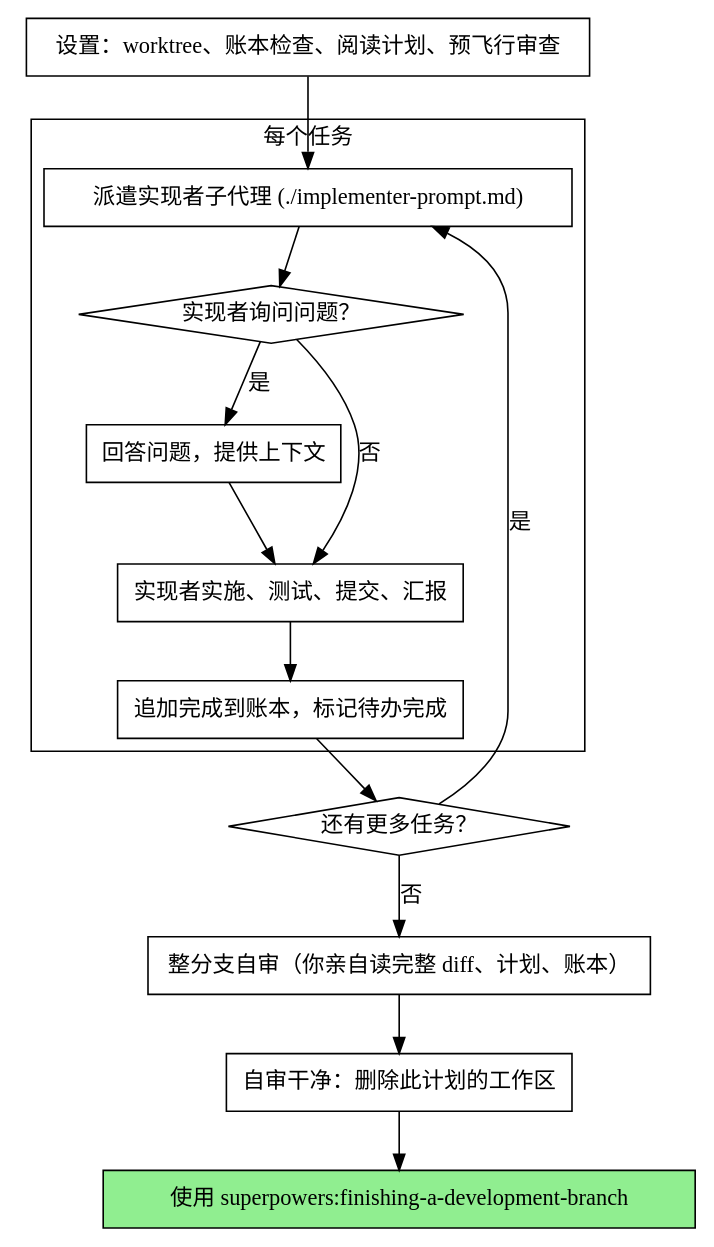
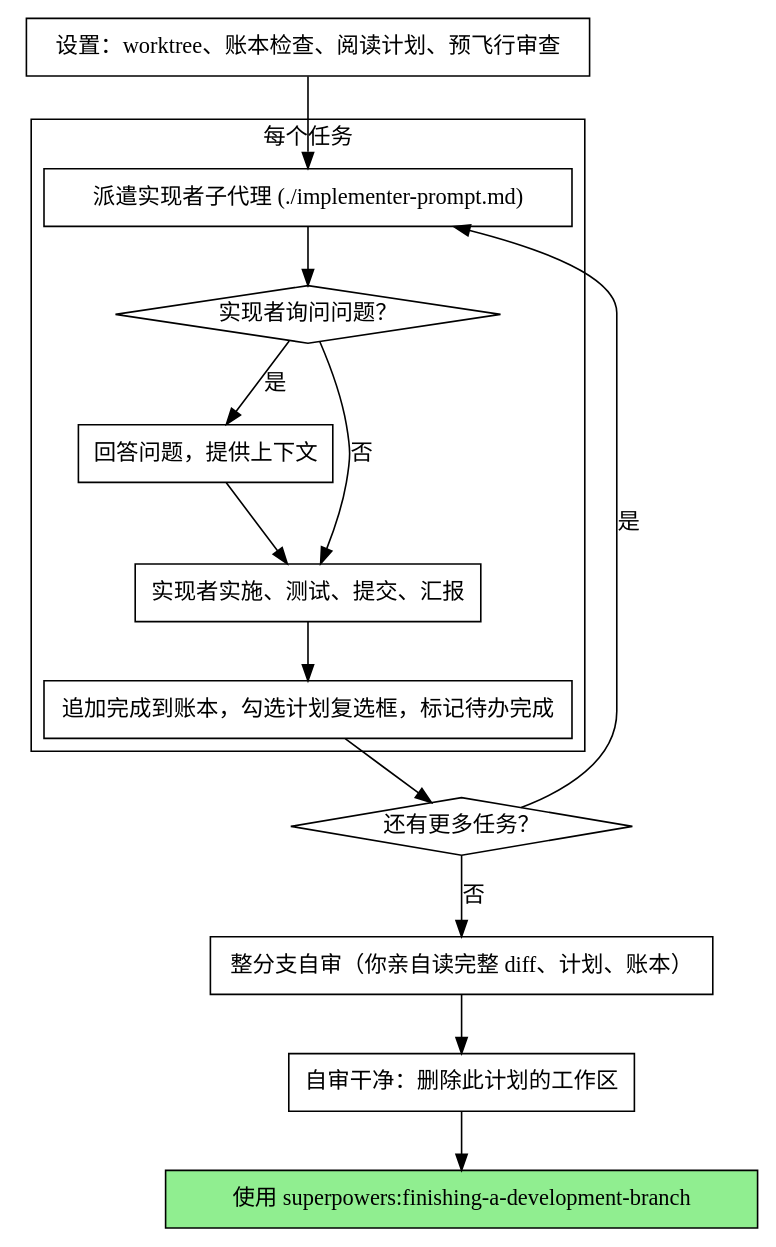
Before and after one commit to flyer21/superpowers: the second of 2 diagrams in skills/subagent-driven-development/SKILL.md, drawn with Graphviz. The commit also changed other lines of this file and 1 other file, not shown here.

Commit message:
feat(plans): 任务完成时勾选计划复选框（来自 fork e845218）
executing-plans 与 SDD 两侧同步；账本仍是压缩恢复依据，复选框给人看进度

````diff
--- a/skills/subagent-driven-development/SKILL.md
+++ b/skills/subagent-driven-development/SKILL.md
@@ -50,32 +50,32 @@
 ```dot
 digraph process {
     rankdir=TB;
 
     subgraph cluster_per_task {
         label="每个任务";
         "派遣实现者子代理 (./implementer-prompt.md)" [shape=box];
         "实现者询问问题？" [shape=diamond];
         "回答问题，提供上下文" [shape=box];
         "实现者实施、测试、提交、汇报" [shape=box];
-        "追加完成到账本，标记待办完成" [shape=box];
+        "追加完成到账本，勾选计划复选框，标记待办完成" [shape=box];
     }
 
     "设置：worktree、账本检查、阅读计划、预飞行审查" [shape=box];
     "还有更多任务？" [shape=diamond];
     "整分支自审（你亲自读完整 diff、计划、账本）" [shape=box];
     "自审干净：删除此计划的工作区" [shape=box];
     "使用 superpowers:finishing-a-development-branch" [shape=box style=filled fillcolor=lightgreen];
 
     "设置：worktree、账本检查、阅读计划、预飞行审查" -> "派遣实现者子代理 (./implementer-prompt.md)";
     "派遣实现者子代理 (./implementer-prompt.md)" -> "实现者询问问题？";
     "实现者询问问题？" -> "回答问题，提供上下文" [label="是"];
     "回答问题，提供上下文" -> "实现者实施、测试、提交、汇报";
     "实现者询问问题？" -> "实现者实施、测试、提交、汇报" [label="否"];
-    "实现者实施、测试、提交、汇报" -> "追加完成到账本，标记待办完成";
-    "追加完成到账本，标记待办完成" -> "还有更多任务？";
+    "实现者实施、测试、提交、汇报" -> "追加完成到账本，勾选计划复选框，标记待办完成";
+    "追加完成到账本，勾选计划复选框，标记待办完成" -> "还有更多任务？";
     "还有更多任务？" -> "派遣实现者子代理 (./implementer-prompt.md)" [label="是"];
     "还有更多任务？" -> "整分支自审（你亲自读完整 diff、计划、账本）" [label="否"];
     "整分支自审（你亲自读完整 diff、计划、账本）" -> "自审干净：删除此计划的工作区";
     "自审干净：删除此计划的工作区" -> "使用 superpowers:finishing-a-development-branch";
 }
 ```
````
